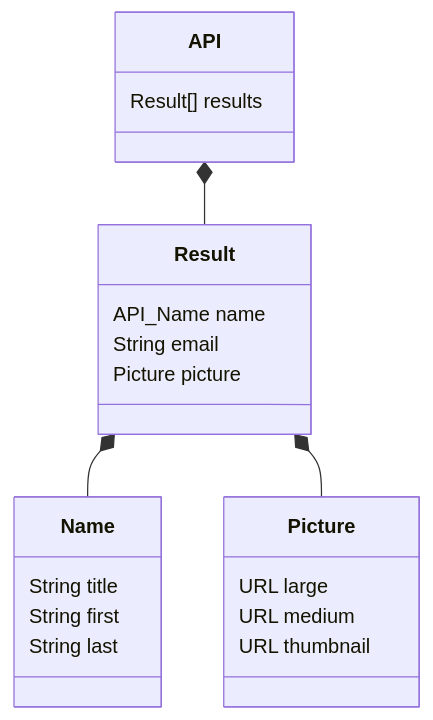
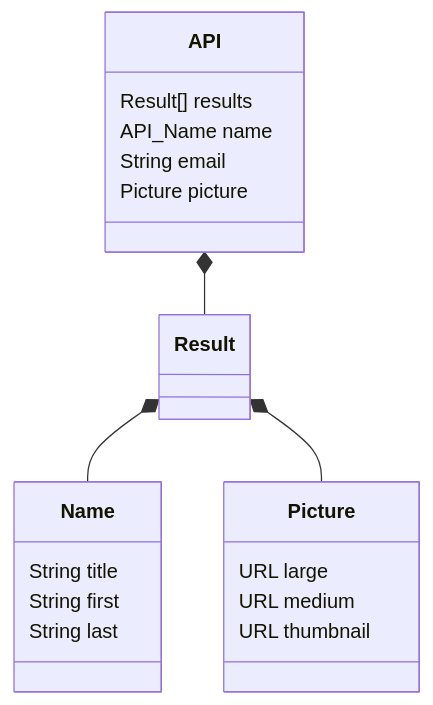
Before and after one commit to steve-fforde/library-tutorial: the second of 2 diagrams in introduction/DESIGN.md, drawn with Mermaid.

````diff
--- a/introduction/DESIGN.md
+++ b/introduction/DESIGN.md
@@ -140,17 +140,27 @@
 ``` mermaid
 classDiagram
 
 API *-- Result
 Result *-- Name
 Result *-- Picture
-API: Result[] results
-Result: API_Name name
-Result: String email
-Result: Picture picture
-Name: String title
-Name: String first
-Name: String last
-Picture: URL large
-Picture: URL medium
-Picture: URL thumbnail
+
+class API {
+	Result[] results
+	API_Name name
+	String email
+	Picture picture
+}
+
+class Name {
+	String title
+	String first
+	String last
+}
+
+class Picture {
+	URL large
+	URL medium
+	URL thumbnail
+}
+
 ```
````
